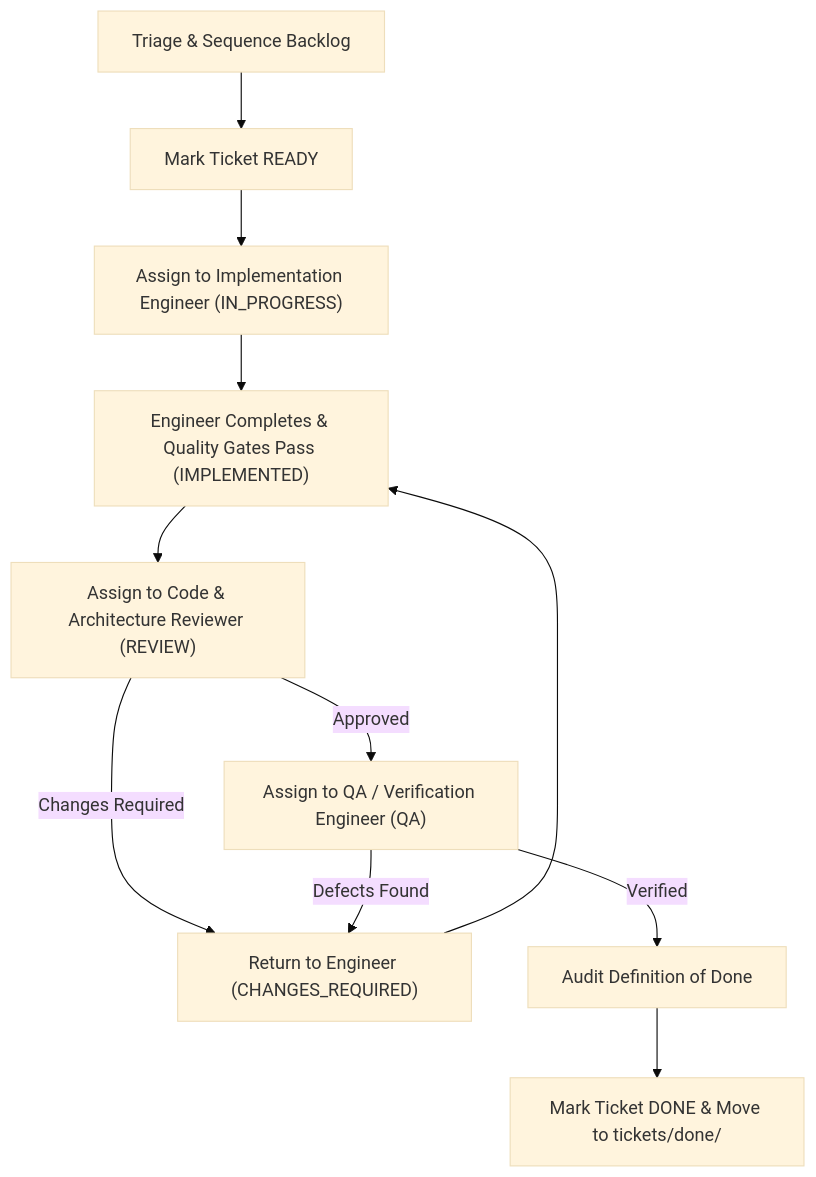
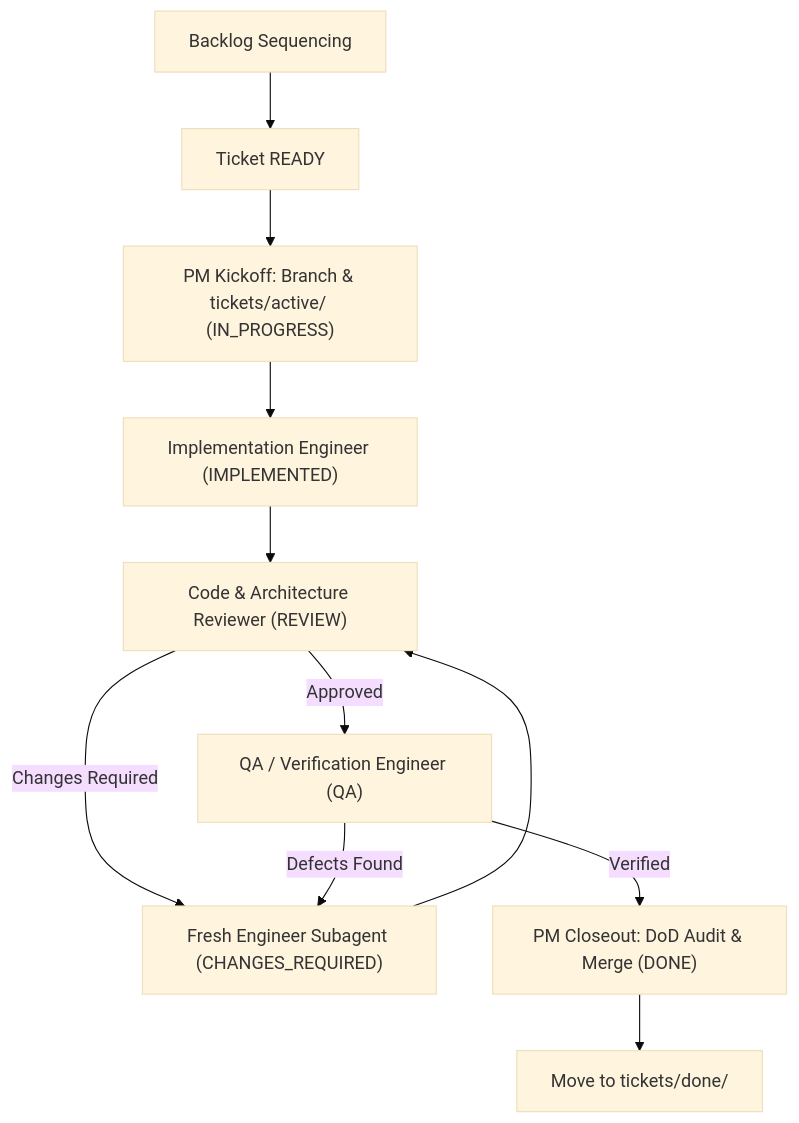
One commit to myasnikoviv/BETWAY_test changed the diagram in skills/project-delivery-management/SKILL.md. Above: the diagram before and after it, drawn with Mermaid (base theme). The commit also changed other lines of this file and 4 other files, not shown here.

````diff
--- a/skills/project-delivery-management/SKILL.md
+++ b/skills/project-delivery-management/SKILL.md
@@ -42,13 +42,13 @@
 ```mermaid
 graph TD
-    Triage["Triage & Sequence Backlog"] --> Ready["Mark Ticket READY"]
-    Ready --> Assign["Assign to Implementation Engineer (IN_PROGRESS)"]
-    Assign --> Implemented["Engineer Completes & Quality Gates Pass (IMPLEMENTED)"]
-    Implemented --> Review["Assign to Code & Architecture Reviewer (REVIEW)"]
-    Review -->|Changes Required| Rework["Return to Engineer (CHANGES_REQUIRED)"]
-    Rework --> Implemented
-    Review -->|Approved| QA["Assign to QA / Verification Engineer (QA)"]
+    Triage["Backlog Sequencing"] --> Ready["Ticket READY"]
+    Ready --> Kickoff["PM Kickoff: Branch & tickets/active/ (IN_PROGRESS)"]
+    Kickoff --> Eng["Implementation Engineer (IMPLEMENTED)"]
+    Eng --> Review["Code & Architecture Reviewer (REVIEW)"]
+    Review -->|Changes Required| Rework["Fresh Engineer Subagent (CHANGES_REQUIRED)"]
+    Rework --> Review
+    Review -->|Approved| QA["QA / Verification Engineer (QA)"]
     QA -->|Defects Found| Rework
-    QA -->|Verified| DoD["Audit Definition of Done"]
-    DoD --> Done["Mark Ticket DONE & Move to tickets/done/"]
+    QA -->|Verified| Closeout["PM Closeout: DoD Audit & Merge (DONE)"]
+    Closeout --> Done["Move to tickets/done/"]
 ```
````
